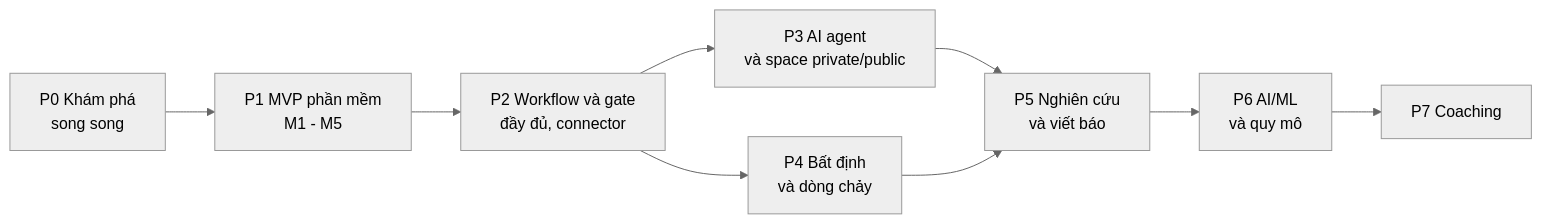
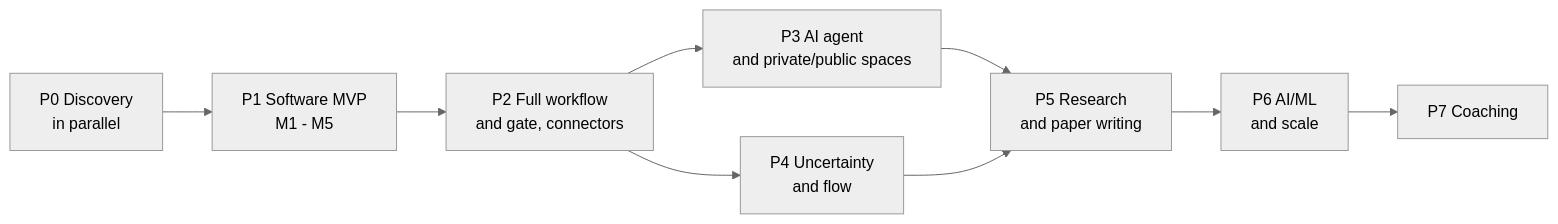
One commit to tungld9999blacksmith/Strata changed the diagram in docs/product/PLAN_Strata.md. Above: the diagram before and after it, drawn with Mermaid (neutral theme). The commit also changed other lines of this file and 13 other files, not shown here.

````diff
--- a/docs/product/PLAN_Strata.md
+++ b/docs/product/PLAN_Strata.md
@@ -39,11 +39,11 @@
 ```mermaid
 flowchart LR
-    P0["P0 Khám phá<br/>song song"] --> P1["P1 MVP phần mềm<br/>M1 - M5"]
-    P1 --> P2["P2 Workflow và gate<br/>đầy đủ, connector"]
-    P2 --> P3["P3 AI agent<br/>và space private/public"]
-    P2 --> P4["P4 Bất định<br/>và dòng chảy"]
-    P3 --> P5["P5 Nghiên cứu<br/>và viết báo"]
+    P0["P0 Discovery<br/>in parallel"] --> P1["P1 Software MVP<br/>M1 - M5"]
+    P1 --> P2["P2 Full workflow<br/>and gate, connectors"]
+    P2 --> P3["P3 AI agent<br/>and private/public spaces"]
+    P2 --> P4["P4 Uncertainty<br/>and flow"]
+    P3 --> P5["P5 Research<br/>and paper writing"]
     P4 --> P5
-    P5 --> P6["P6 AI/ML<br/>và quy mô"]
+    P5 --> P6["P6 AI/ML<br/>and scale"]
     P6 --> P7["P7 Coaching"]
 ```
````
